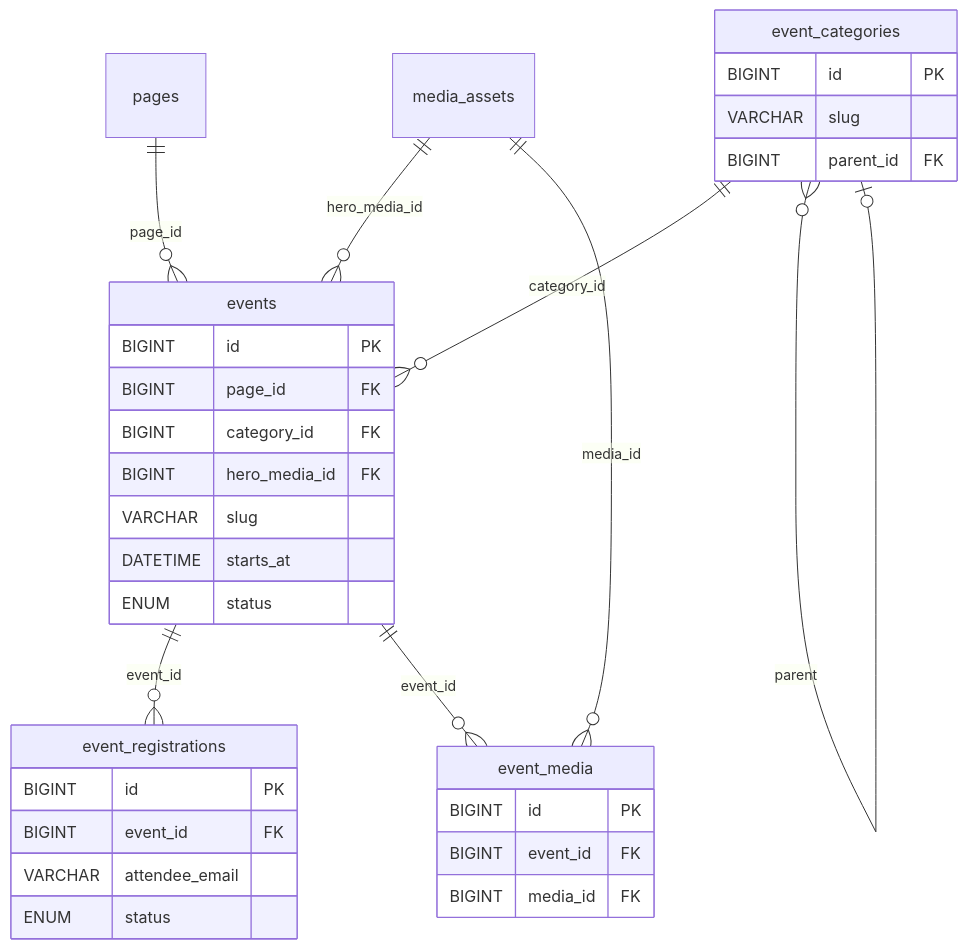
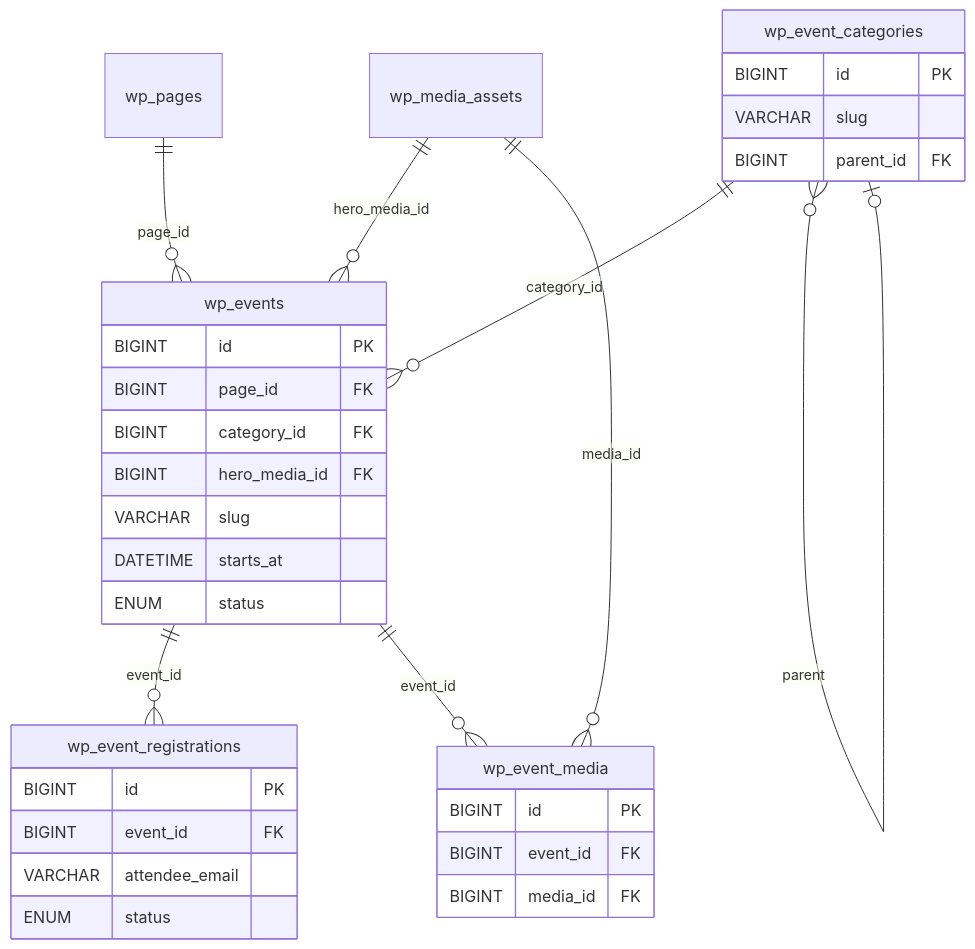
The fourth of 9 diagrams in docs/ERD.md (wagura-maurice/ollmh-wayback-snapshot), drawn with Mermaid before and after one commit. The commit also changed other lines of this file and 30 other files, not shown here.

First line of the commit message:
docs: add wp_ table prefix and header/footer information architecture

````diff
--- a/docs/ERD.md
+++ b/docs/ERD.md
@@ -203,36 +203,36 @@
 ```mermaid
 erDiagram
-    pages ||--o{ events : "page_id"
-    event_categories ||--o{ events : "category_id"
-    event_categories }o--o| event_categories : "parent"
-    media_assets ||--o{ events : "hero_media_id"
-    events ||--o{ event_registrations : "event_id"
-    events ||--o{ event_media : "event_id"
-    media_assets ||--o{ event_media : "media_id"
+    wp_pages ||--o{ wp_events : "page_id"
+    wp_event_categories ||--o{ wp_events : "category_id"
+    wp_event_categories }o--o| wp_event_categories : "parent"
+    wp_media_assets ||--o{ wp_events : "hero_media_id"
+    wp_events ||--o{ wp_event_registrations : "event_id"
+    wp_events ||--o{ wp_event_media : "event_id"
+    wp_media_assets ||--o{ wp_event_media : "media_id"
 
-    events {
+    wp_events {
         BIGINT id PK
         BIGINT page_id FK
         BIGINT category_id FK
         BIGINT hero_media_id FK
         VARCHAR slug
         DATETIME starts_at
         ENUM status
     }
-    event_categories {
+    wp_event_categories {
         BIGINT id PK
         VARCHAR slug
         BIGINT parent_id FK
     }
-    event_registrations {
+    wp_event_registrations {
         BIGINT id PK
         BIGINT event_id FK
         VARCHAR attendee_email
         ENUM status
     }
-    event_media {
+    wp_event_media {
         BIGINT id PK
         BIGINT event_id FK
         BIGINT media_id FK
     }
 ```
````
